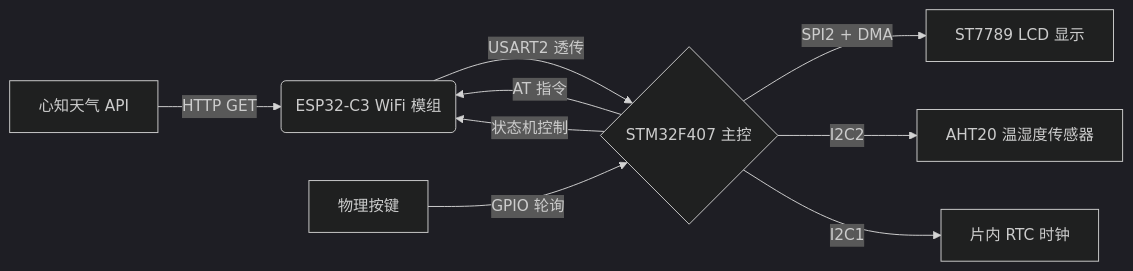
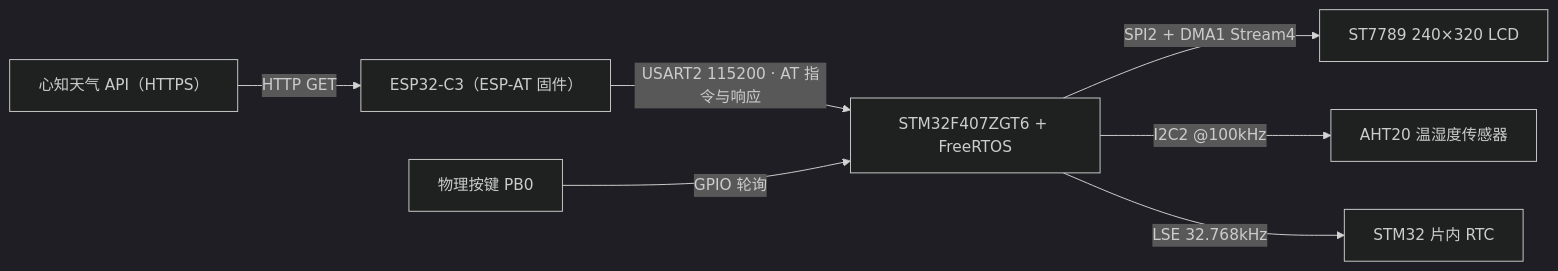
One commit to Gaofayi/A-weather-clock-based-on-the-open-source-FreeRTOS-clock changed the first of 3 diagrams in README.md. Above: the diagram before and after it, drawn with Mermaid (dark theme). The commit also changed other lines of this file, not shown here.

````diff
--- a/README.md
+++ b/README.md
@@ -44,11 +44,9 @@
 ```mermaid
 graph LR
-    A[心知天气 API] -->|HTTP GET| B(ESP32-C3 WiFi 模组)
-    B -->|USART2 透传| C{STM32F407 主控}
-    C -->|SPI2 + DMA| D[ST7789 LCD 显示]
-    C -->|I2C2| E[AHT20 温湿度传感器]
-    C -->|I2C1| F[片内 RTC 时钟]
-    G[物理按键] -->|GPIO 轮询| C
-    C -->|AT 指令| B
-    C -->|状态机控制| B
+    API["心知天气 API（HTTPS）"] -->|HTTP GET| ESP["ESP32-C3（ESP-AT 固件）"]
+    ESP -->|"USART2 115200 · AT 指令与响应"| MCU["STM32F407ZGT6 + FreeRTOS"]
+    MCU -->|"SPI2 + DMA1 Stream4"| LCD["ST7789 240×320 LCD"]
+    MCU -->|"I2C2 @100kHz"| AHT["AHT20 温湿度传感器"]
+    MCU -->|"LSE 32.768kHz"| RTC["STM32 片内 RTC"]
+    KEY["物理按键 PB0"] -->|GPIO 轮询| MCU
 ```
````
